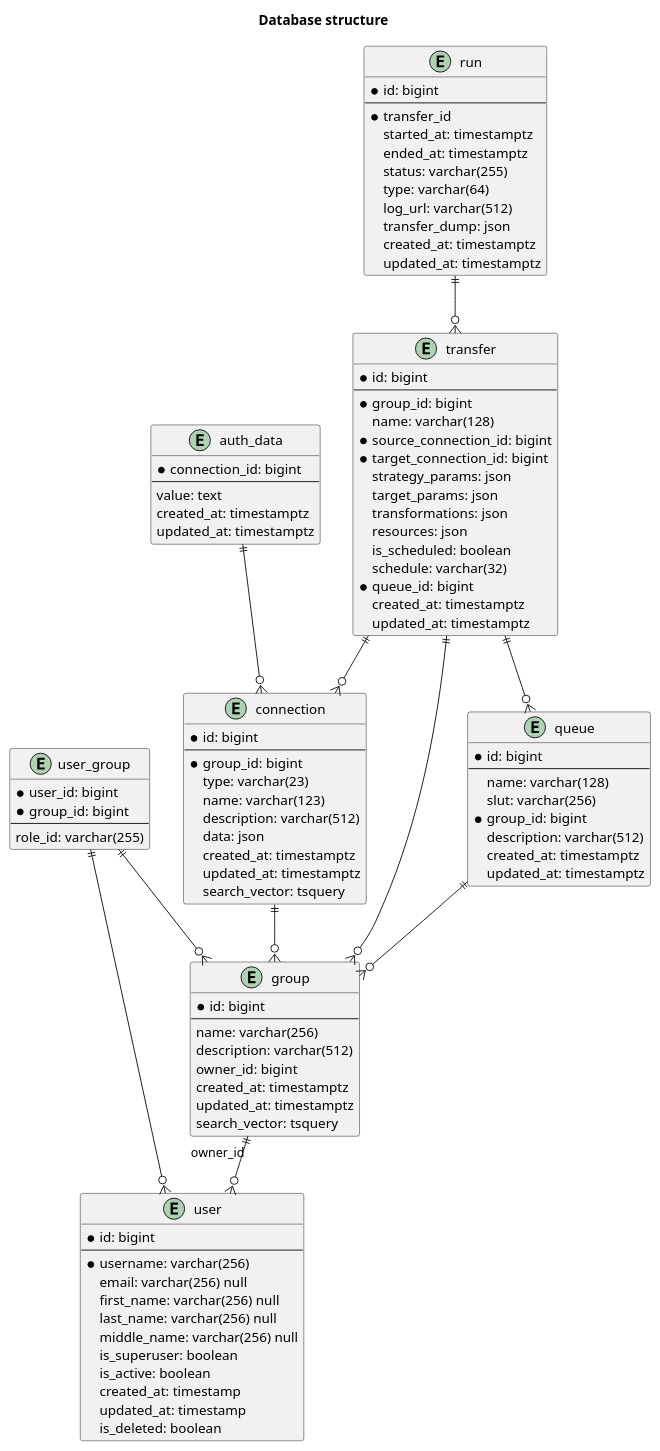
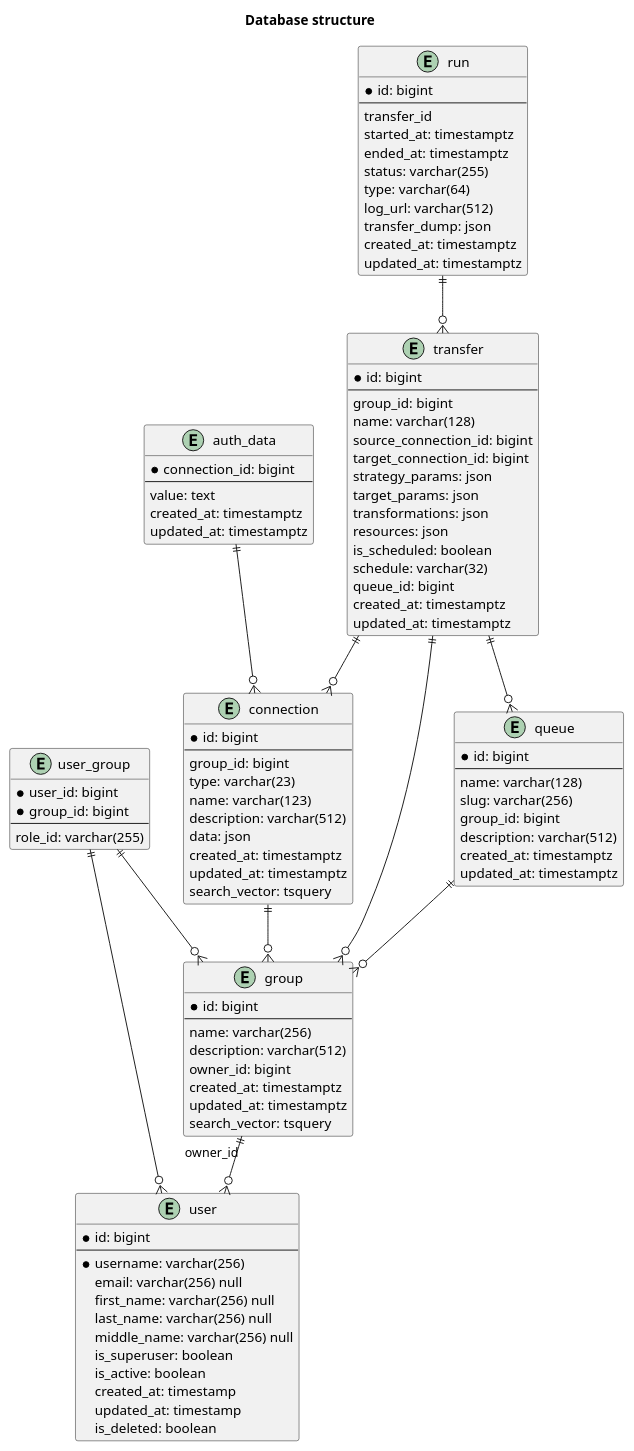
The diagram in docs/reference/database/structure.rst (MobileTeleSystems/syncmaster), drawn with PlantUML before and after one commit. The commit also changed 1 other file, not shown here.

Commit message:
[DOP-23620] Fix entity diagram

```diff
--- a/docs/reference/database/structure.rst
+++ b/docs/reference/database/structure.rst
@@ -46,7 +46,7 @@
     entity connection {
         * id: bigint
         ----
-        * group_id: bigint
+        group_id: bigint
         type: varchar(23)
         name: varchar(123)
         description: varchar(512)
@@ -68,8 +68,8 @@
         * id: bigint
         ----
         name: varchar(128)
-        slut: varchar(256)
-        * group_id: bigint
+        slug: varchar(256)
+        group_id: bigint
         description: varchar(512)
         created_at: timestamptz
         updated_at: timestamptz
@@ -78,17 +78,17 @@
     entity transfer {
         * id: bigint
         ----
-        * group_id: bigint
+        group_id: bigint
         name: varchar(128)
-        * source_connection_id: bigint
-        * target_connection_id: bigint
+        source_connection_id: bigint
+        target_connection_id: bigint
         strategy_params: json
         target_params: json
         transformations: json
         resources: json
         is_scheduled: boolean
         schedule: varchar(32)
-        * queue_id: bigint
+        queue_id: bigint
         created_at: timestamptz
         updated_at: timestamptz
     }
@@ -96,7 +96,7 @@
     entity run {
         * id: bigint
         ----
-        * transfer_id
+        transfer_id
         started_at: timestamptz
         ended_at: timestamptz
         status: varchar(255)
```
